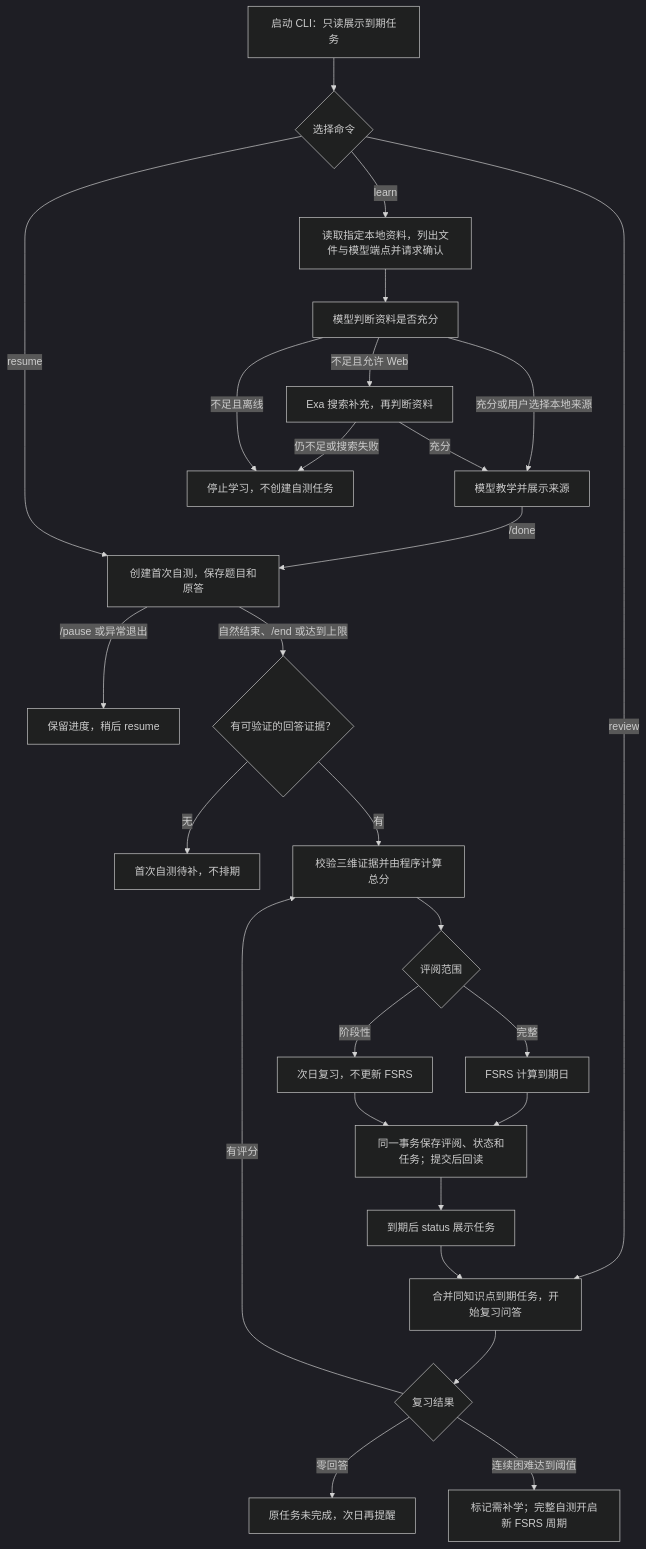
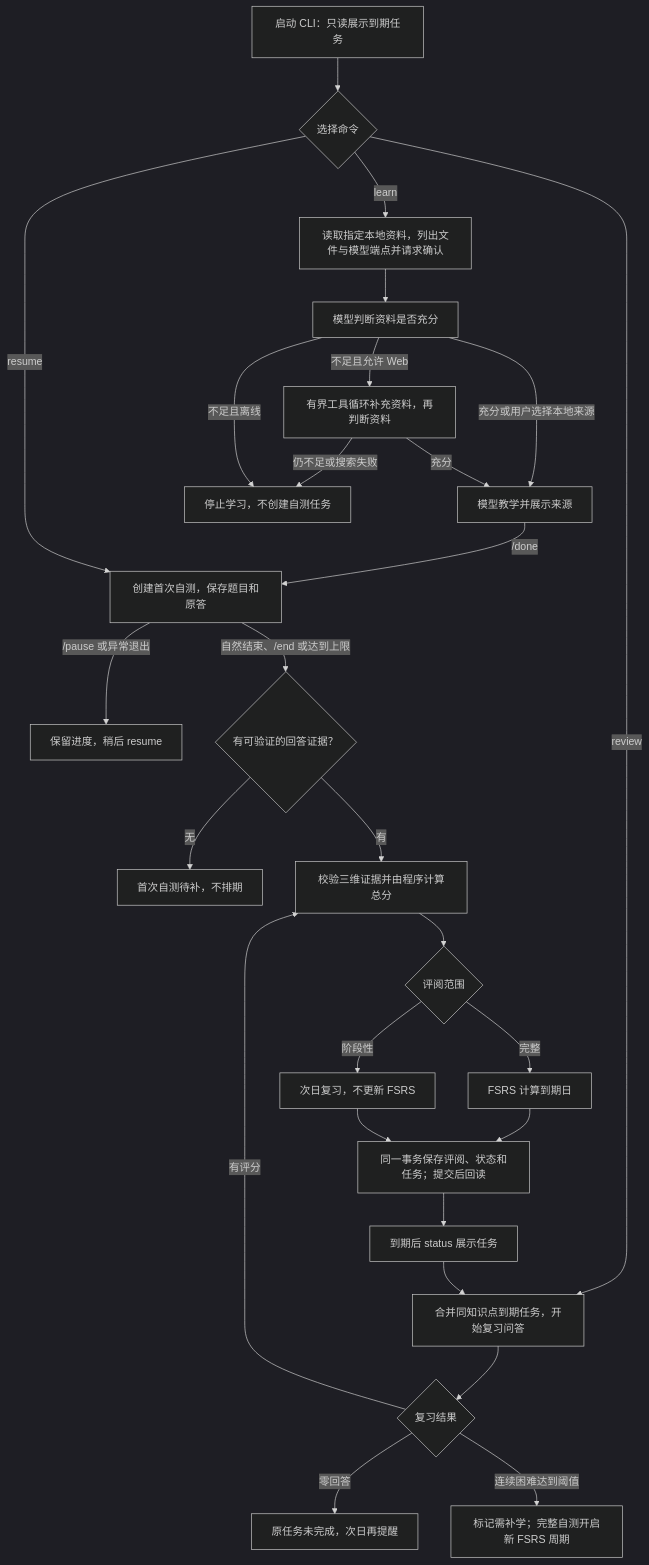
One commit to zjsyxzjsyx/Koyo changed the second of 2 diagrams in README.md. Above: the diagram before and after it, drawn with Mermaid (dark theme). The commit also changed other lines of this file and 9 other files, not shown here.

````diff
--- a/README.md
+++ b/README.md
@@ -66,29 +67,29 @@
 ```mermaid
 flowchart TD
     A[启动 CLI：只读展示到期任务] --> B{选择命令}
     B -->|learn| C[读取指定本地资料，列出文件与模型端点并请求确认]
     C --> D[模型判断资料是否充分]
-    D -->|不足且允许 Web| E[Exa 搜索补充，再判断资料]
+    D -->|不足且允许 Web| E[有界工具循环补充资料，再判断资料]
     D -->|充分或用户选择本地来源| F[模型教学并展示来源]
     E -->|充分| F
     E -->|仍不足或搜索失败| X[停止学习，不创建自测任务]
     D -->|不足且离线| X
     F -->|/done| G[创建首次自测，保存题目和原答]
     B -->|resume| G
     G -->|/pause 或异常退出| H[保留进度，稍后 resume]
     G -->|自然结束、/end 或达到上限| I{有可验证的回答证据？}
     I -->|无| J[首次自测待补，不排期]
     I -->|有| K[校验三维证据并由程序计算总分]
     K --> L{评阅范围}
     L -->|完整| M[FSRS 计算到期日]
     L -->|阶段性| N[次日复习，不更新 FSRS]
     M --> O[同一事务保存评阅、状态和任务；提交后回读]
     N --> O
     O --> P[到期后 status 展示任务]
     B -->|review| Q[合并同知识点到期任务，开始复习问答]
     P --> Q
     Q --> R{复习结果}
     R -->|有评分| K
     R -->|零回答| S[原任务未完成，次日再提醒]
     R -->|连续困难达到阈值| T[标记需补学；完整自测开启新 FSRS 周期]
 ```
````
